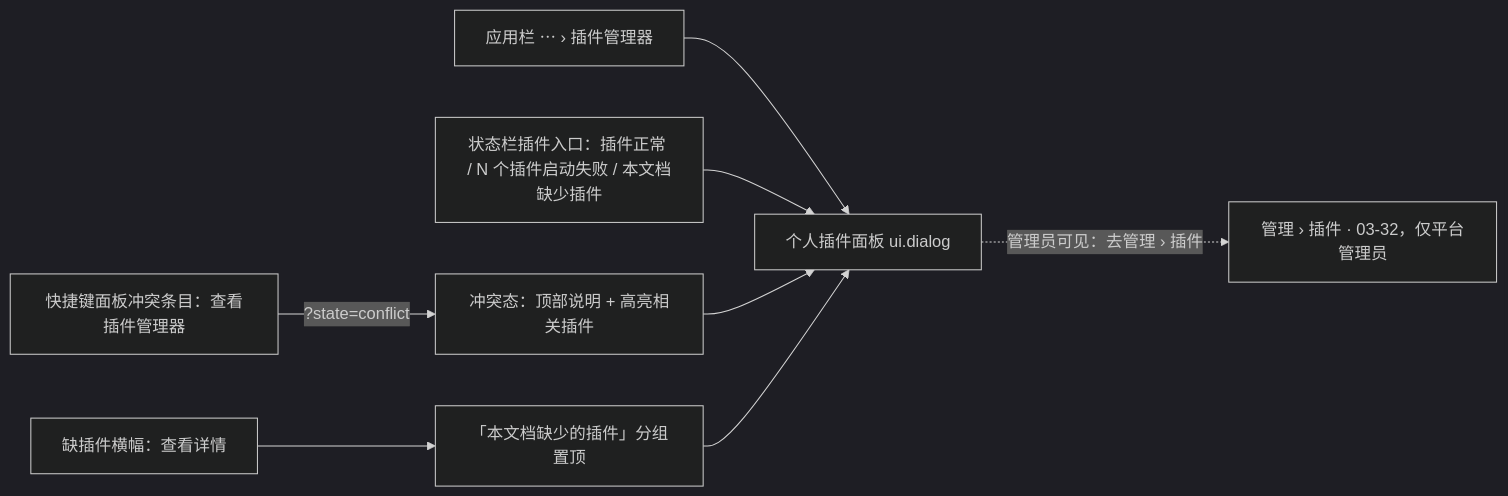
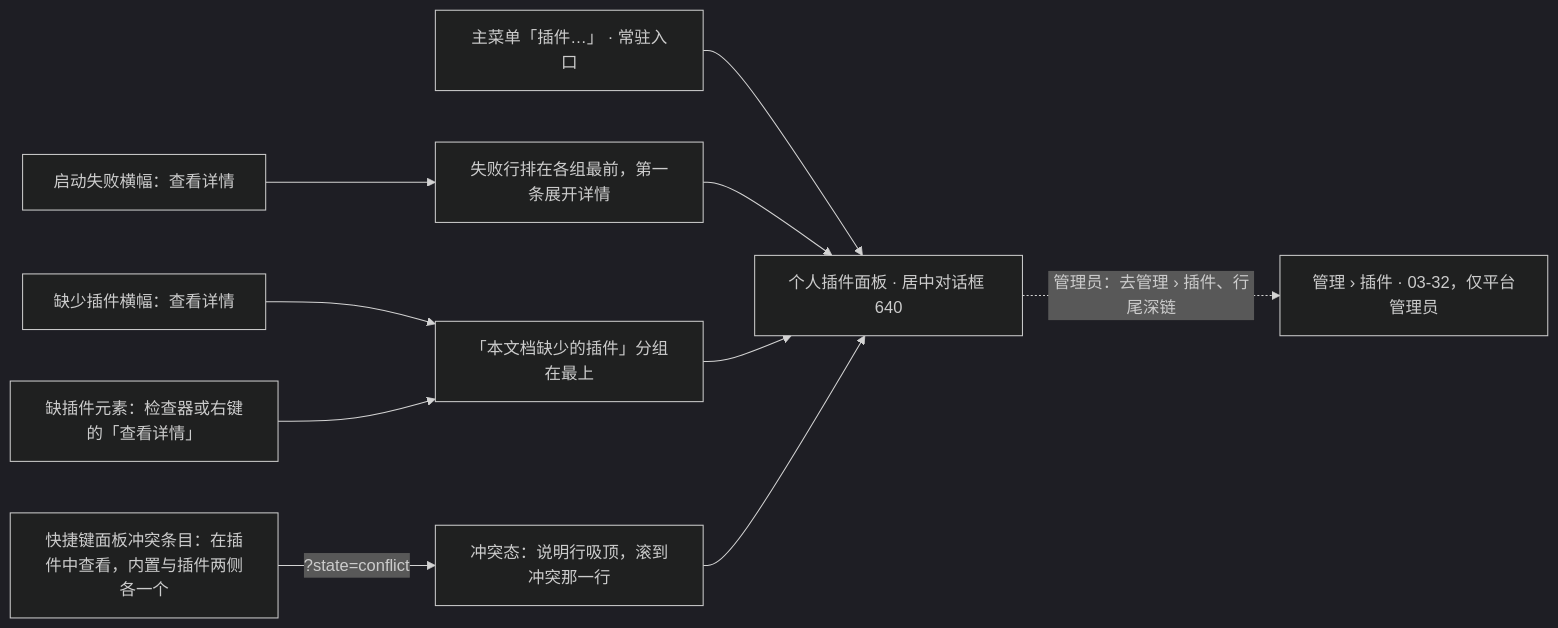
The first of 4 diagrams in docs/20-design/03-screens/09-plugin-manager.md (Xeonice/cordis-ppt-editor), drawn with Mermaid (dark theme) before and after one commit. The commit also changed other lines of this file and 44 other files, not shown here.

````diff
--- a/docs/20-design/03-screens/09-plugin-manager.md
+++ b/docs/20-design/03-screens/09-plugin-manager.md
@@ -50,18 +30,22 @@
 ```mermaid
 flowchart LR
-  more["应用栏 ⋯ › 插件管理器"]
-  status["状态栏插件入口：插件正常 / N 个插件启动失败 / 本文档缺少插件"]
-  keys["快捷键面板冲突条目：查看插件管理器"]
-  banner["缺插件横幅：查看详情"]
-  panel["个人插件面板 ui.dialog"]
-  conflict["冲突态：顶部说明 + 高亮相关插件"]
-  missing["「本文档缺少的插件」分组置顶"]
+  menu["主菜单「插件…」 · 常驻入口"]
+  failed["启动失败横幅：查看详情"]
+  missing["缺少插件横幅：查看详情"]
+  element["缺插件元素：检查器或右键的「查看详情」"]
+  keys["快捷键面板冲突条目：在插件中查看，内置与插件两侧各一个"]
+  panel["个人插件面板 · 居中对话框 640"]
+  failTop["失败行排在各组最前，第一条展开详情"]
+  missTop["「本文档缺少的插件」分组在最上"]
+  conflict["冲突态：说明行吸顶，滚到冲突那一行"]
   admin["管理 › 插件 · 03-32，仅平台管理员"]
-  more --> panel
-  status --> panel
+  menu --> panel
+  failed --> failTop
+  failTop --> panel
+  missing --> missTop
+  element --> missTop
+  missTop --> panel
   keys -->|"?state=conflict"| conflict
   conflict --> panel
-  banner --> missing
-  missing --> panel
-  panel -.->|"管理员可见：去管理 › 插件"| admin
+  panel -.->|"管理员：去管理 › 插件、行尾深链"| admin
 ```
````
